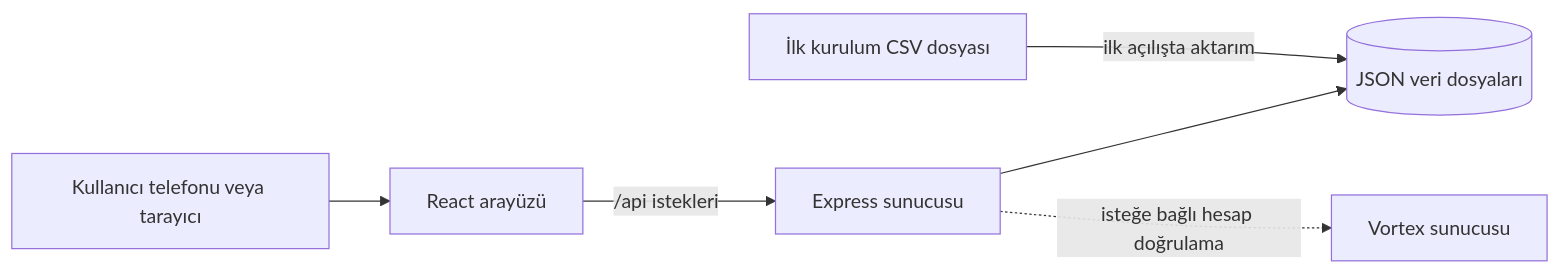
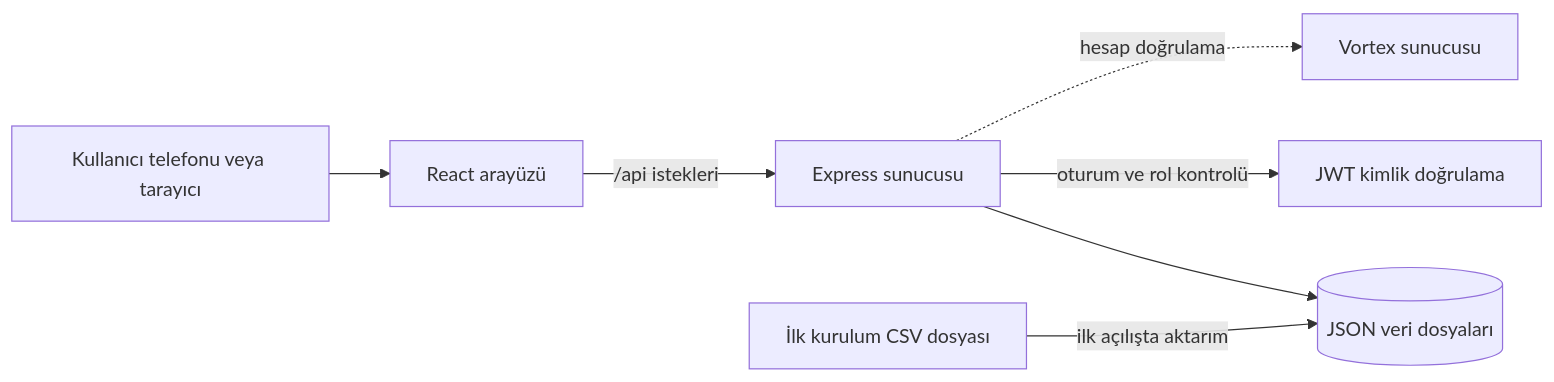
The diagram in README.md (TheRottex/t-rkpatentplakatakip), drawn with Mermaid before and after one commit. The commit also changed other lines of this file and 2 other files, not shown here.

````diff
--- a/README.md
+++ b/README.md
@@ -28,8 +28,9 @@
 ```mermaid
 flowchart LR
 		U[Kullanıcı telefonu veya tarayıcı] --> W[React arayüzü]
 		W -->|/api istekleri| E[Express sunucusu]
 		E --> D[(JSON veri dosyaları)]
 		C[İlk kurulum CSV dosyası] -->|ilk açılışta aktarım| D
-		E -. isteğe bağlı hesap doğrulama .-> V[Vortex sunucusu]
+		E -->|oturum ve rol kontrolü| A[JWT kimlik doğrulama]
+		E -. hesap doğrulama .-> V[Vortex sunucusu]
 ```
````
